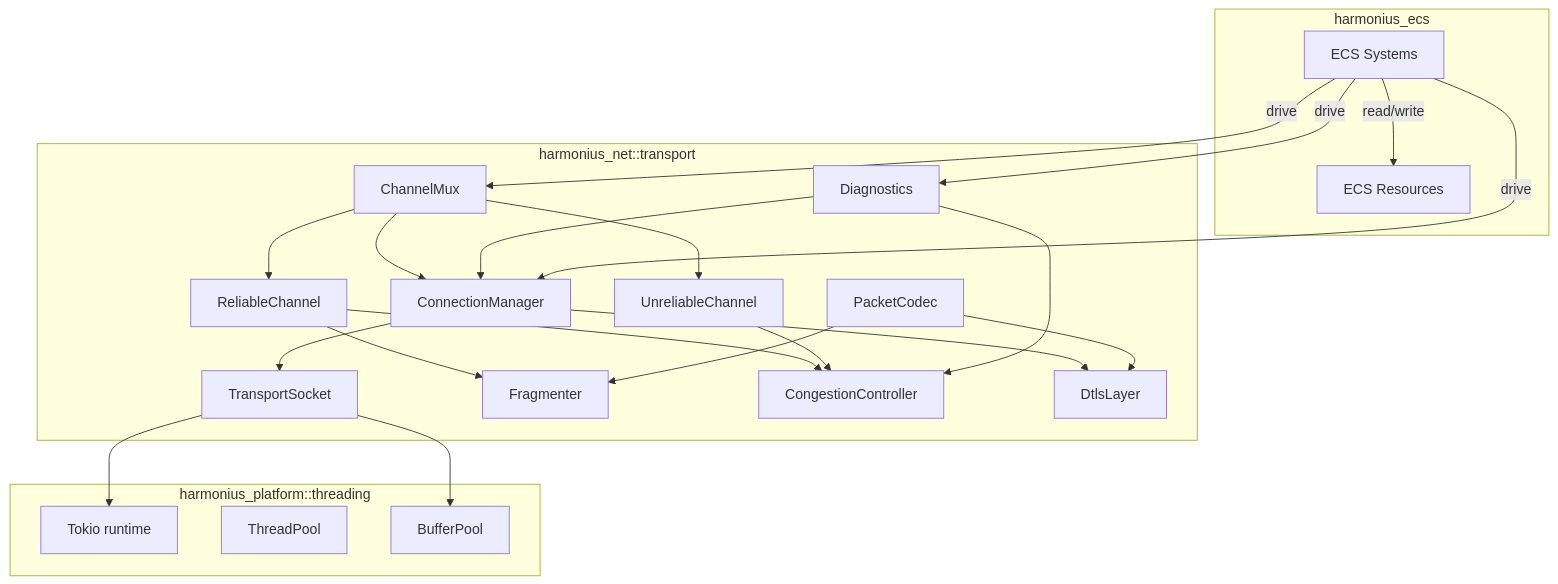
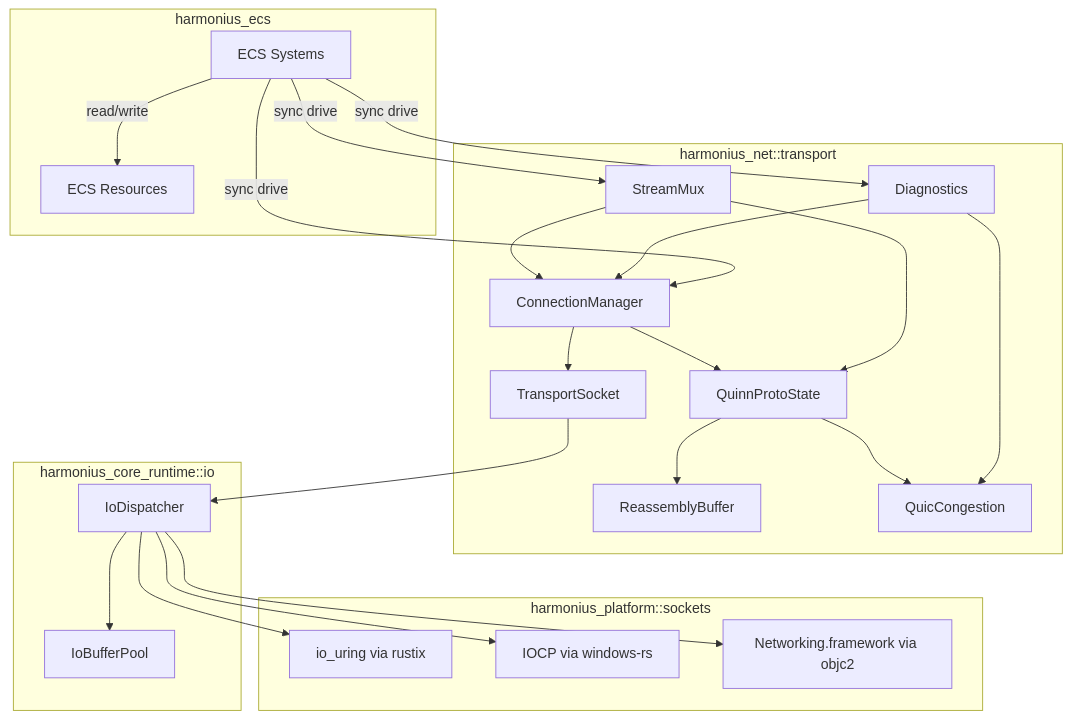
The first of 11 diagrams in docs/design/networking/network-transport.md (harmonius-dev/harmonius), drawn with Mermaid before and after one commit. The commit also changed other lines of this file and 143 other files, not shown here.

````diff
--- a/docs/design/networking/network-transport.md
+++ b/docs/design/networking/network-transport.md
@@ -131,46 +154,47 @@
 ```mermaid
 graph TD
     subgraph "harmonius_net::transport"
         TS[TransportSocket]
         CM[ConnectionManager]
-        CH[ChannelMux]
-        RC[ReliableChannel]
-        UC[UnreliableChannel]
-        FG[Fragmenter]
-        CC[CongestionController]
-        DT[DtlsLayer]
+        SM[StreamMux]
+        QP[QuinnProtoState]
+        FG[ReassemblyBuffer]
+        CC[QuicCongestion]
         DG[Diagnostics]
-        PK[PacketCodec]
     end
 
-    subgraph "harmonius_platform::threading"
-        RE[Tokio runtime]
-        TP[ThreadPool]
-        BP[BufferPool]
+    subgraph "harmonius_core_runtime::io"
+        IOD[IoDispatcher]
+        BP[IoBufferPool]
+    end
+
+    subgraph "harmonius_platform::sockets"
+        LIN[io_uring via rustix]
+        WIN[IOCP via windows-rs]
+        APL[Networking.framework via objc2]
     end
 
     subgraph "harmonius_ecs"
         RES[ECS Resources]
         SYS[ECS Systems]
     end
 
-    TS --> RE
-    TS --> BP
+    TS --> IOD
+    IOD --> LIN
+    IOD --> WIN
+    IOD --> APL
+    IOD --> BP
     CM --> TS
-    CM --> DT
-    CH --> RC
-    CH --> UC
-    CH --> CM
-    RC --> FG
-    RC --> CC
-    UC --> CC
+    CM --> QP
+    SM --> QP
+    SM --> CM
+    QP --> CC
+    QP --> FG
     DG --> CM
     DG --> CC
-    PK --> DT
-    PK --> FG
 
     SYS -->|"read/write"| RES
-    SYS -->|"drive"| CM
-    SYS -->|"drive"| CH
-    SYS -->|"drive"| DG
+    SYS -->|"sync drive"| CM
+    SYS -->|"sync drive"| SM
+    SYS -->|"sync drive"| DG
 ```
````
